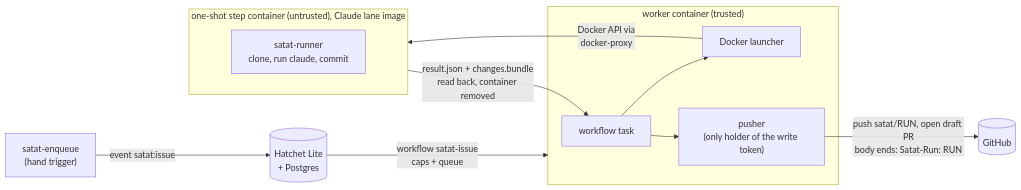
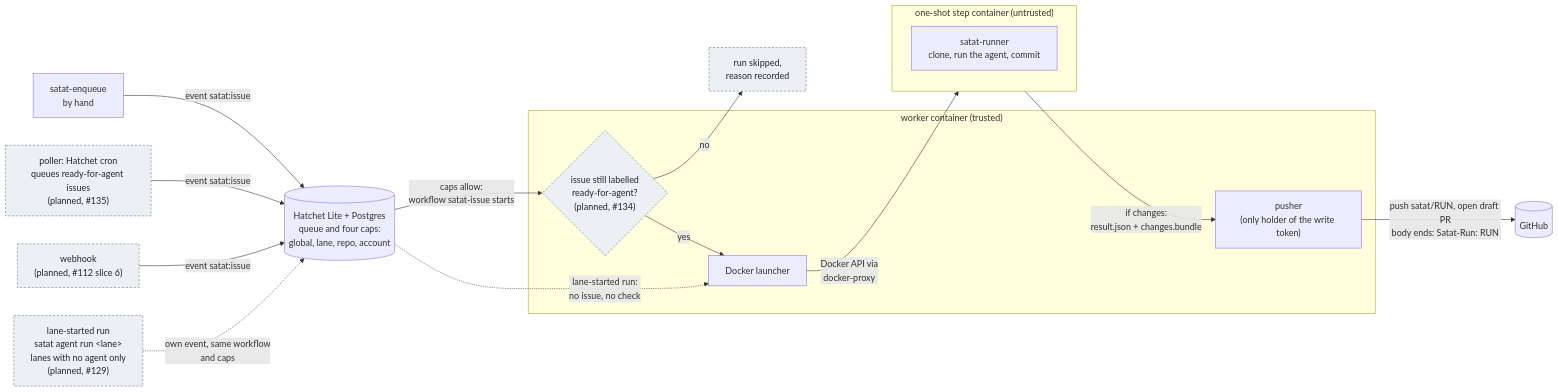
One commit to javatarz/satat changed the diagram in docs/design.md. Above: the diagram before and after it, drawn with Mermaid. The commit also changed other lines of this file and 2 other files, not shown here.

First line of the commit message:
Docs run flow and lane-started runs #132

````diff
--- a/docs/design.md
+++ b/docs/design.md
@@ -21,19 +26,36 @@
 ```mermaid
 flowchart LR
-  enq["satat-enqueue<br/>(hand trigger)"] -- "event satat:issue" --> hatchet[(Hatchet Lite<br/>+ Postgres)]
-  hatchet -- "workflow satat-issue<br/>caps + queue" --> worker
+  enq["satat-enqueue<br/>by hand"]
+  poll["poller: Hatchet cron<br/>queues ready-for-agent issues<br/>(planned, #135)"]
+  hook["webhook<br/>(planned, #112 slice 6)"]
+  lanerun["lane-started run<br/>satat agent run &lt;lane&gt;<br/>lanes with no agent only<br/>(planned, #129)"]
+
+  queue[("Hatchet Lite + Postgres<br/>queue and four caps:<br/>global, lane, repo, account")]
+
+  enq -- "event satat:issue" --> queue
+  poll -- "event satat:issue" --> queue
+  hook -- "event satat:issue" --> queue
+  lanerun -. "own event, same workflow<br/>and caps" .-> queue
 
   subgraph worker["worker container (trusted)"]
-    wf[workflow task] --> launch[Docker launcher]
-    wf --> push["pusher<br/>(only holder of the write token)"]
+    ready{"issue still labelled<br/>ready-for-agent?<br/>(planned, #134)"}
+    launch["Docker launcher"]
+    push["pusher<br/>(only holder of the write token)"]
   end
 
+  queue -- "caps allow:<br/>workflow satat-issue starts" --> ready
+  ready -- "no" --> skip["run skipped,<br/>reason recorded"]
+  ready -- "yes" --> launch
+  queue -. "lane-started run:<br/>no issue, no check" .-> launch
   launch -- "Docker API via<br/>docker-proxy" --> step
 
-  subgraph step["one-shot step container (untrusted), Claude lane image"]
-    runner["satat-runner<br/>clone, run claude, commit"]
+  subgraph step["one-shot step container (untrusted)"]
+    runner["satat-runner<br/>clone, run the agent, commit"]
   end
 
-  step -- "result.json + changes.bundle<br/>read back, container removed" --> wf
+  step -- "if changes:<br/>result.json + changes.bundle" --> push
   push -- "push satat/RUN, open draft PR<br/>body ends: Satat-Run: RUN" --> gh[(GitHub)]
+
+  classDef planned fill:#eceff3,stroke:#6b7685,color:#1f2733,stroke-dasharray:4 3
+  class poll,hook,lanerun,ready,skip planned
 ```
````
